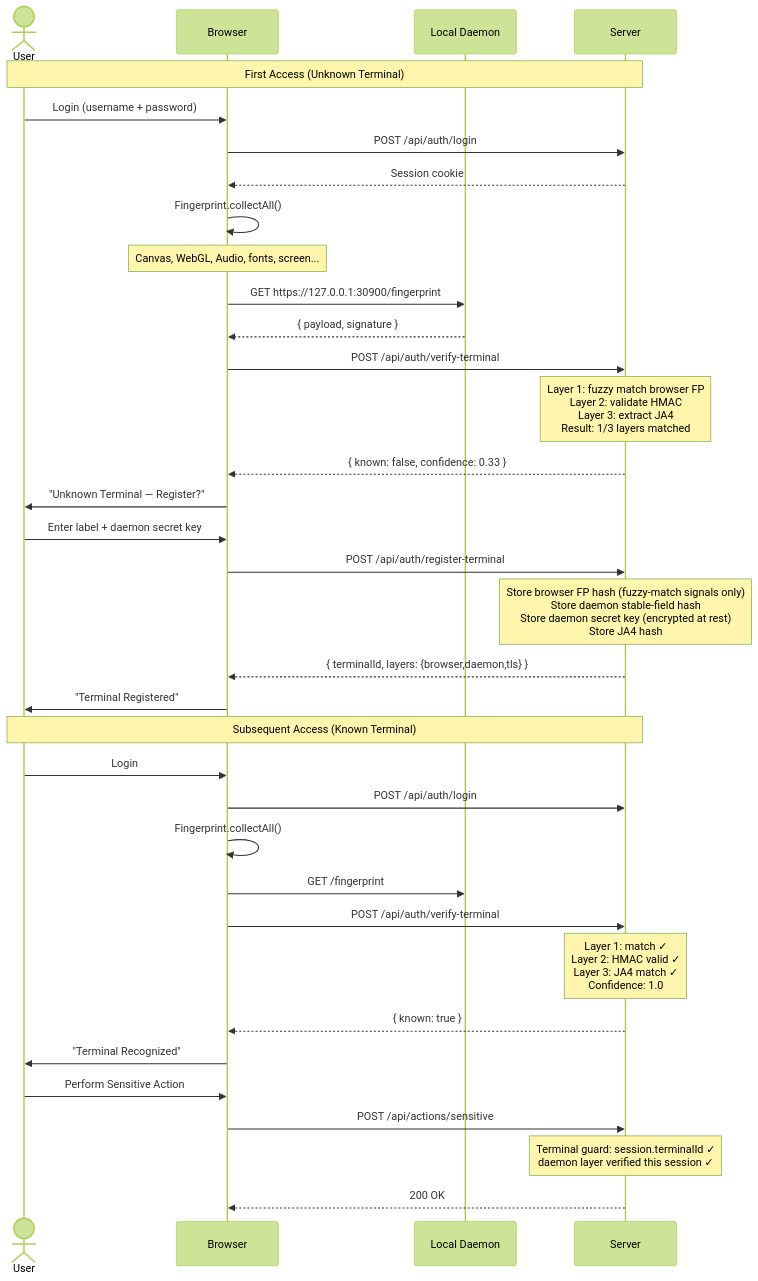
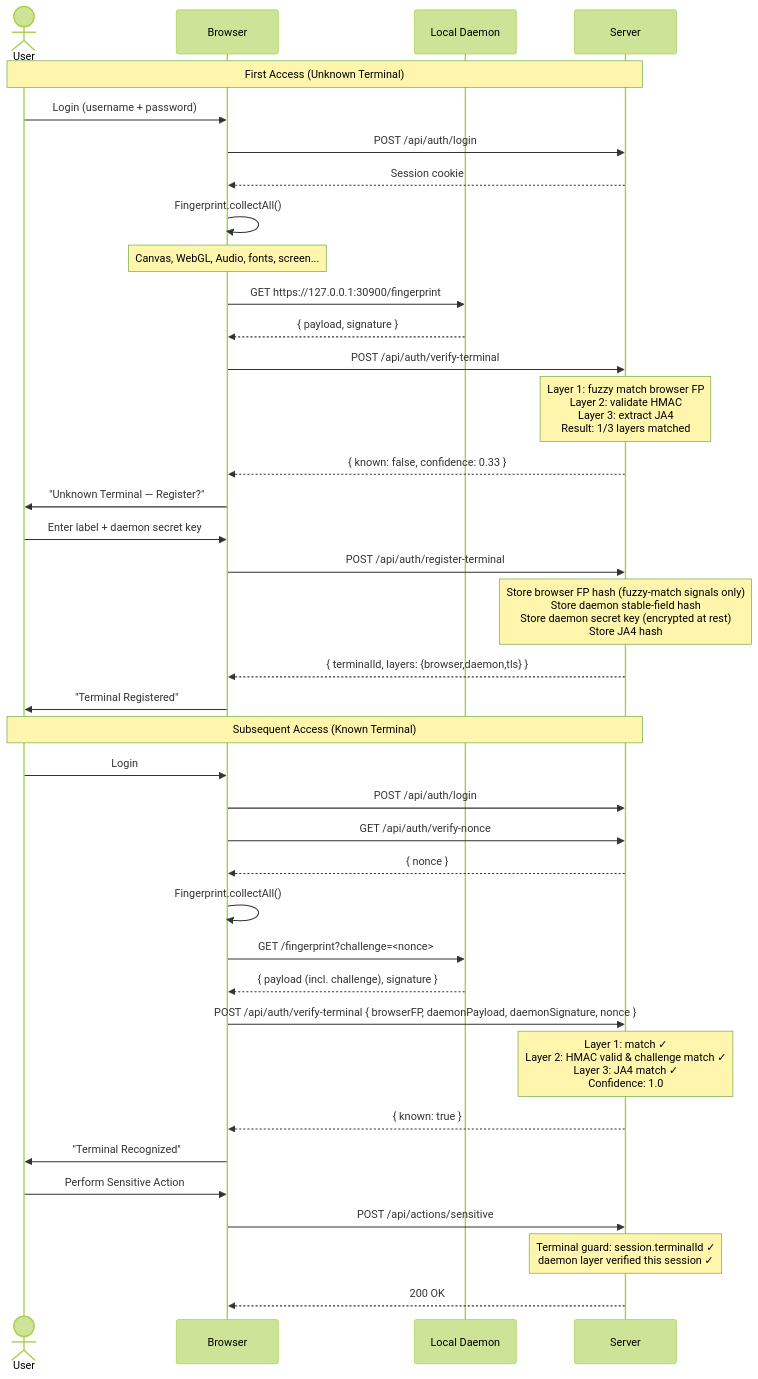
Before and after one commit to andermoreira/dna: the third of 6 diagrams in README.md, drawn with Mermaid (forest theme). The commit also changed other lines of this file and 12 other files, not shown here.

First line of the commit message:
fix(security): harden authentication, implement daemon challenge-response, and optimize performance

````diff
--- a/README.md
+++ b/README.md
@@ -97,50 +97,53 @@
 ```mermaid
 sequenceDiagram
     actor User
     participant Browser
     participant Daemon as Local Daemon
     participant Server
 
     Note over User,Server: First Access (Unknown Terminal)
 
     User->>Browser: Login (username + password)
     Browser->>Server: POST /api/auth/login
     Server-->>Browser: Session cookie
 
     Browser->>Browser: Fingerprint.collectAll()
     Note over Browser: Canvas, WebGL, Audio, fonts, screen...
 
     Browser->>Daemon: GET https://127.0.0.1:30900/fingerprint
     Daemon-->>Browser: { payload, signature }
 
     Browser->>Server: POST /api/auth/verify-terminal
     Note over Server: Layer 1: fuzzy match browser FP<br/>Layer 2: validate HMAC<br/>Layer 3: extract JA4<br/>Result: 1/3 layers matched
 
     Server-->>Browser: { known: false, confidence: 0.33 }
     Browser->>User: "Unknown Terminal — Register?"
 
     User->>Browser: Enter label + daemon secret key
     Browser->>Server: POST /api/auth/register-terminal
     Note over Server: Store browser FP hash (fuzzy-match signals only)<br/>Store daemon stable-field hash<br/>Store daemon secret key (encrypted at rest)<br/>Store JA4 hash
 
     Server-->>Browser: { terminalId, layers: {browser,daemon,tls} }
     Browser->>User: "Terminal Registered"
 
     Note over User,Server: Subsequent Access (Known Terminal)
 
     User->>Browser: Login
     Browser->>Server: POST /api/auth/login
+    Browser->>Server: GET /api/auth/verify-nonce
+    Server-->>Browser: { nonce }
     Browser->>Browser: Fingerprint.collectAll()
-    Browser->>Daemon: GET /fingerprint
-    Browser->>Server: POST /api/auth/verify-terminal
-    Note over Server: Layer 1: match ✓<br/>Layer 2: HMAC valid ✓<br/>Layer 3: JA4 match ✓<br/>Confidence: 1.0
+    Browser->>Daemon: GET /fingerprint?challenge=<nonce>
+    Daemon-->>Browser: { payload (incl. challenge), signature }
+    Browser->>Server: POST /api/auth/verify-terminal { browserFP, daemonPayload, daemonSignature, nonce }
+    Note over Server: Layer 1: match ✓<br/>Layer 2: HMAC valid & challenge match ✓<br/>Layer 3: JA4 match ✓<br/>Confidence: 1.0
 
     Server-->>Browser: { known: true }
     Browser->>User: "Terminal Recognized"
 
     User->>Browser: Perform Sensitive Action
     Browser->>Server: POST /api/actions/sensitive
     Note over Server: Terminal guard: session.terminalId ✓<br/>daemon layer verified this session ✓
 
     Server-->>Browser: 200 OK
 ```
````
